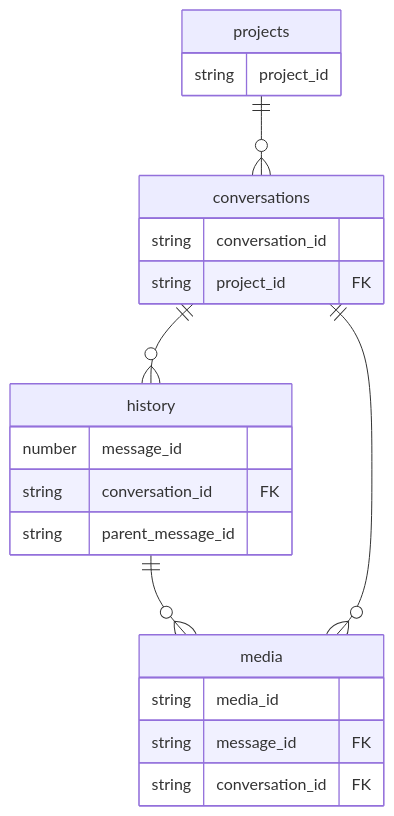
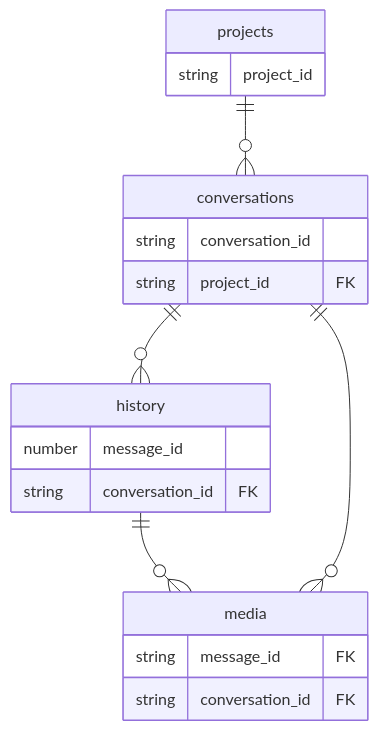
Before and after one commit to anuma-ai/sdk: the diagram in docs/schema.md, drawn with Mermaid. The commit also changed 1 other file, not shown here.

Commit message:
refactor: derive ER diagram columns from associations only
Instead of matching _id suffix or hardcoded names, columns are now
shown only if they participate in a relationship: FK columns from
belongs_to, and the matching primary keys on the referenced table.

````diff
--- a/docs/schema.md
+++ b/docs/schema.md
@@ -5,24 +5,22 @@
 ```mermaid
 erDiagram
     history {
         number message_id
         string conversation_id FK
-        string parent_message_id
     }
     conversations {
         string conversation_id
         string project_id FK
     }
     projects {
         string project_id
     }
     media {
-        string media_id
         string message_id FK
         string conversation_id FK
     }
     conversations ||--o{ history : ""
     history ||--o{ media : ""
     projects ||--o{ conversations : ""
     conversations ||--o{ media : ""
 ```
````
